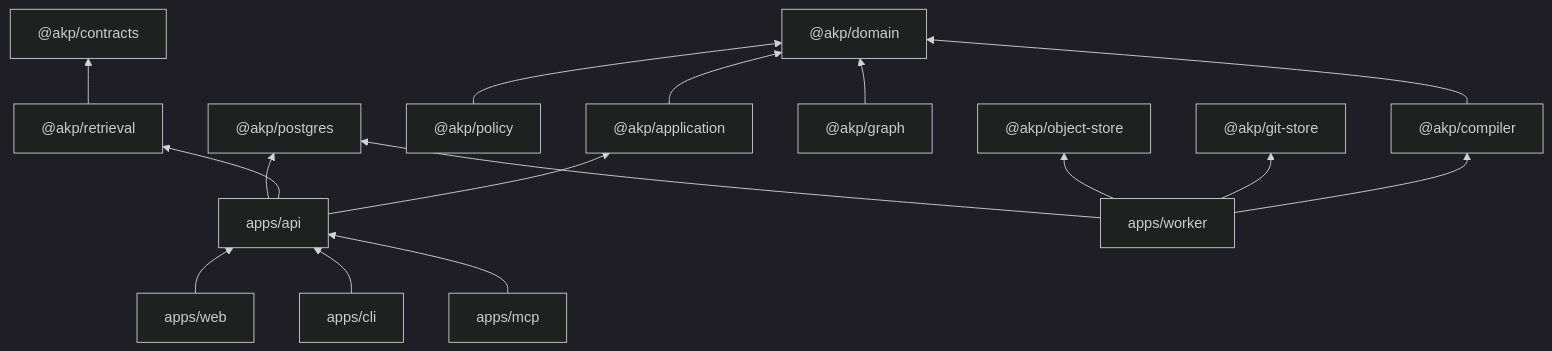
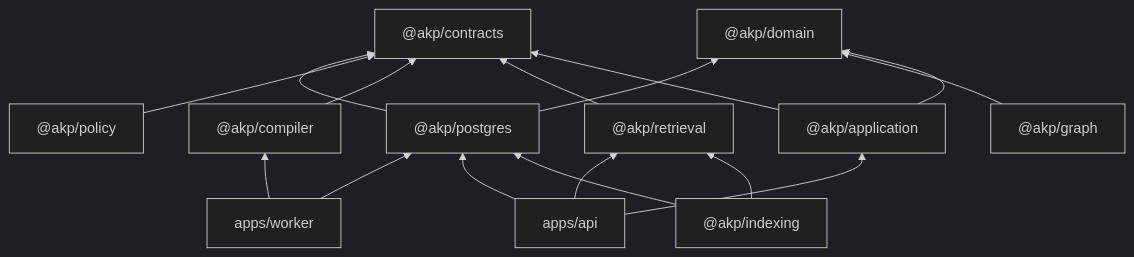
Before and after one commit to David-std/Architecture-Knowledge-Platform: the diagram in docs/architecture/modules.md, drawn with Mermaid (dark theme). The commit also changed other lines of this file and 6 other files, not shown here.

Commit message:
docs(architecture): define shared-context core and reduction roadmap

````diff
--- a/docs/architecture/modules.md
+++ b/docs/architecture/modules.md
@@ -5,19 +5,18 @@
 ```mermaid
 flowchart BT
-  Domain["@akp/domain"]
-  Application["@akp/application"] --> Domain
-  Compiler["@akp/compiler"] --> Domain
-  Policy["@akp/policy"] --> Domain
-  Retrieval["@akp/retrieval"] --> Contracts["@akp/contracts"]
+  Application["@akp/application"] --> Contracts["@akp/contracts"]
+  Application --> Domain["@akp/domain"]
+  Retrieval["@akp/retrieval"] --> Contracts
+  Compiler["@akp/compiler"] --> Contracts
+  Policy["@akp/policy"] --> Contracts
   Graph["@akp/graph"] --> Domain
+  Postgres["@akp/postgres"] --> Domain
+  Postgres --> Contracts
+  Indexing["@akp/indexing"] --> Retrieval
+  Indexing --> Postgres
   API["apps/api"] --> Application
   API --> Retrieval
+  API --> Postgres
   Worker["apps/worker"] --> Compiler
-  Worker --> GitStore["@akp/git-store"]
-  Worker --> ObjectStore["@akp/object-store"]
-  API --> Postgres["@akp/postgres"]
   Worker --> Postgres
-  MCP["apps/mcp"] --> API
-  CLI["apps/cli"] --> API
-  Web["apps/web"] --> API
 ```
````
